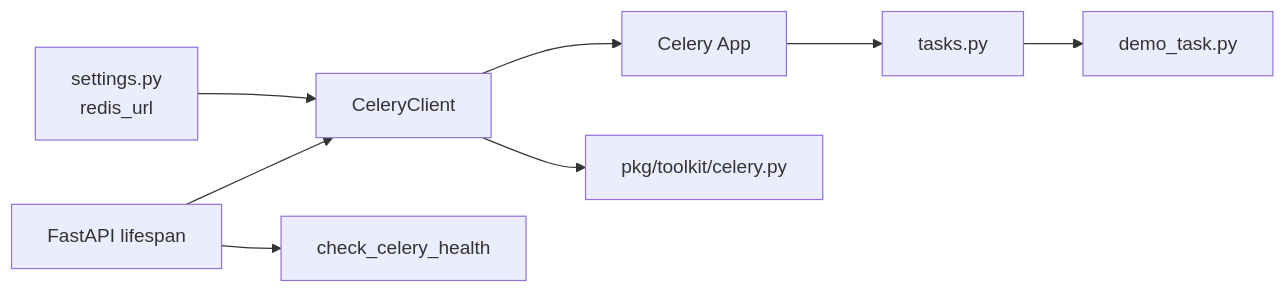
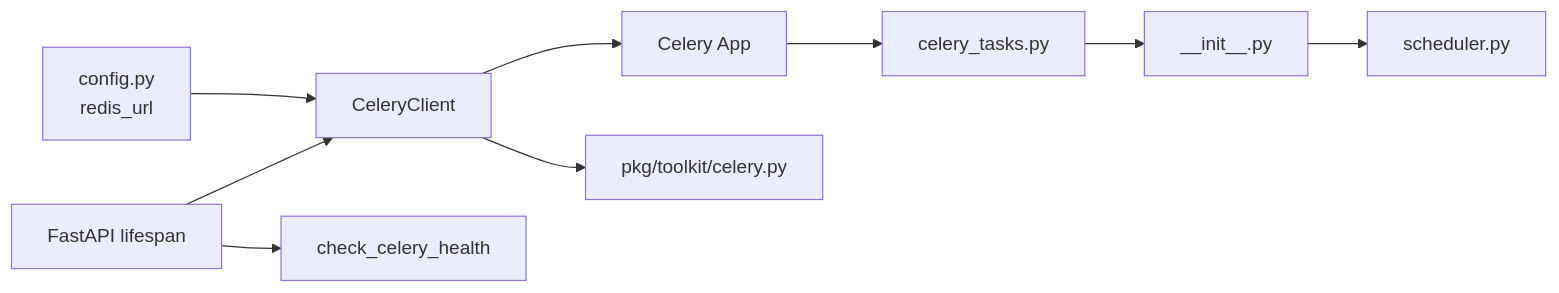
One commit to lilinzezzzzzz/fastapi-backend changed the seventh of 7 diagrams in .qoder/repowiki/zh/content/任务调度系统/Celery分布式任务.md. Above: the diagram before and after it, drawn with Mermaid. The commit also changed other lines of this file and 38 other files, not shown here.

````diff
--- a/.qoder/repowiki/zh/content/任务调度系统/Celery分布式任务.md
+++ b/.qoder/repowiki/zh/content/任务调度系统/Celery分布式任务.md
@@ -313,10 +306,11 @@
 ```mermaid
 graph LR
-CFG["settings.py<br/>redis_url"] --> CC["CeleryClient"]
+CFG["config.py<br/>redis_url"] --> CC["CeleryClient"]
 CC --> APP["Celery App"]
-APP --> REG["tasks.py"]
-REG --> DEMO["demo_task.py"]
+APP --> REG["celery_tasks.py"]
+REG --> TASKS["__init__.py"]
+TASKS --> SCHED["scheduler.py"]
 CC --> TK["pkg/toolkit/celery.py"]
 FA["FastAPI lifespan"] --> CC
 FA --> CK["check_celery_health"]
 ```
````
